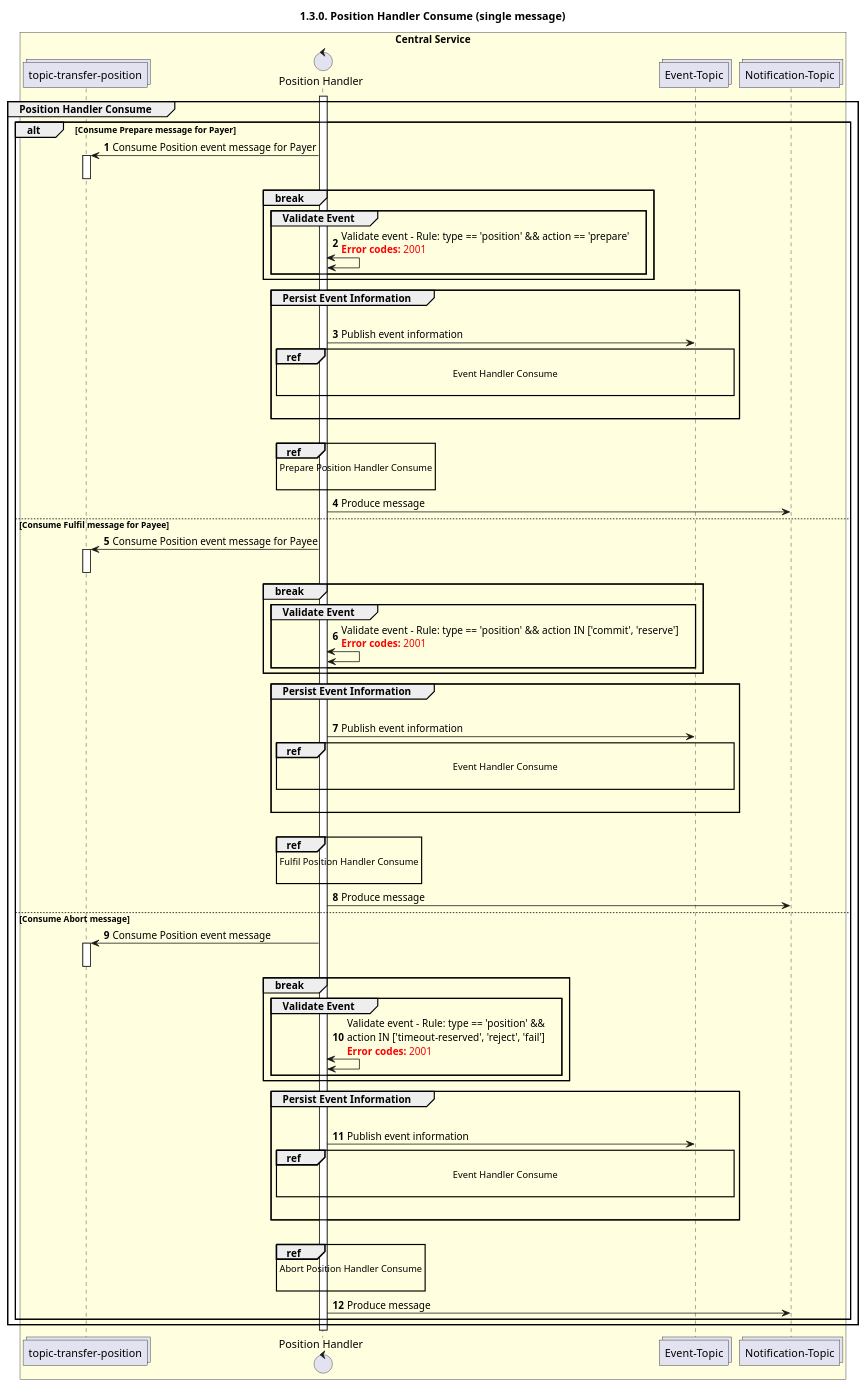
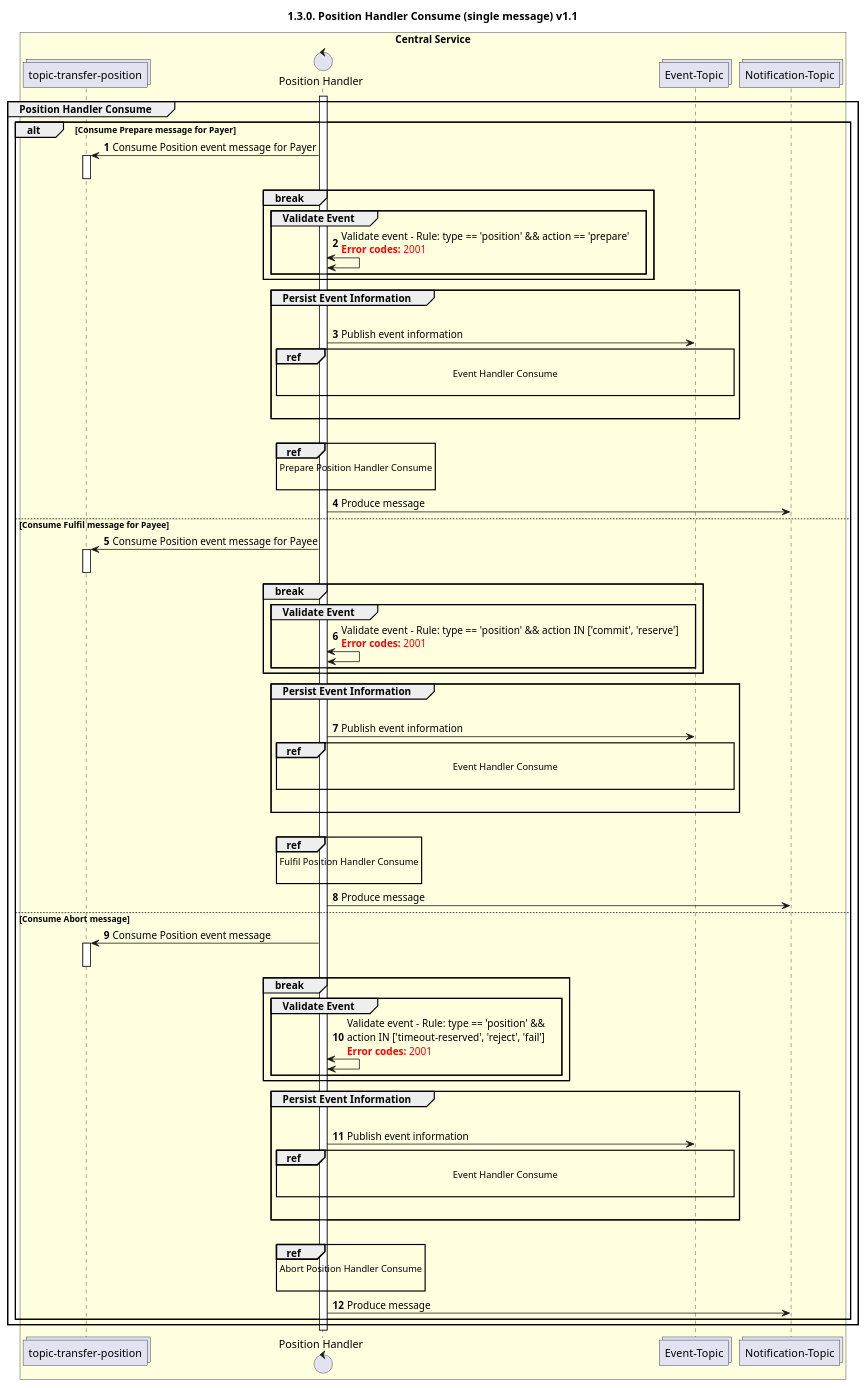
One commit to mojaloop/documentation changed the diagram in mojaloop-technical-overview/central-ledger/assets/diagrams/sequence/seq-position-1.3.0-v1.1.plantuml. Above: the diagram before and after it, drawn with PlantUML. The commit also changed 6 other files, not shown here.

```diff
--- a/mojaloop-technical-overview/central-ledger/assets/diagrams/sequence/seq-position-1.3.0-v1.1.plantuml
+++ b/mojaloop-technical-overview/central-ledger/assets/diagrams/sequence/seq-position-1.3.0-v1.1.plantuml
@@ -27,89 +27,89 @@
 @startuml
 ' declate title
-title 1.3.0. Position Handler Consume (single message)
+title 1.3.0. Position Handler Consume (single message) v1.1
 
 autonumber
 
 ' Actor Keys:
 '   boundary - APIs/Interfaces, etc
 '   collections - Kafka Topics
 '   control - Kafka Consumers
 '   entity - Database Access Objects
 '   database - Database Persistance Store
 
 ' declare actors
 collections "topic-transfer-position" as TOPIC_TRANSFER_POSITION
 control "Position Handler" as POS_HANDLER
 collections "Event-Topic" as TOPIC_EVENTS
 collections "Notification-Topic" as TOPIC_NOTIFICATIONS
 
 
 box "Central Service" #LightYellow
     participant TOPIC_TRANSFER_POSITION
     participant POS_HANDLER
     participant TOPIC_EVENTS
     participant TOPIC_NOTIFICATIONS
 end box
 
 ' start flow
 activate POS_HANDLER
 group Position Handler Consume
     alt Consume Prepare message for Payer
         TOPIC_TRANSFER_POSITION <- POS_HANDLER: Consume Position event message for Payer
         activate TOPIC_TRANSFER_POSITION
         deactivate TOPIC_TRANSFER_POSITION
         break
             group Validate Event
                 POS_HANDLER <-> POS_HANDLER: Validate event - Rule: type == 'position' && action == 'prepare'\n<color #FF0000><b>Error codes:</b> 2001</color>
             end
         end
         group Persist Event Information
             |||
             POS_HANDLER -> TOPIC_EVENTS: Publish event information
             ref over POS_HANDLER, TOPIC_EVENTS :  Event Handler Consume\n
             |||
         end
         |||
         ref over POS_HANDLER: Prepare Position Handler Consume\n
         POS_HANDLER -> TOPIC_NOTIFICATIONS: Produce message
     else Consume Fulfil message for Payee
         TOPIC_TRANSFER_POSITION <- POS_HANDLER: Consume Position event message for Payee
         activate TOPIC_TRANSFER_POSITION
         deactivate TOPIC_TRANSFER_POSITION
         break
             group Validate Event
                 POS_HANDLER <-> POS_HANDLER: Validate event - Rule: type == 'position' && action IN ['commit', 'reserve']\n<color #FF0000><b>Error codes:</b> 2001</color>
             end
         end
         group Persist Event Information
             |||
             POS_HANDLER -> TOPIC_EVENTS: Publish event information
             ref over POS_HANDLER, TOPIC_EVENTS :  Event Handler Consume\n
             |||
         end
         |||
         ref over POS_HANDLER: Fulfil Position Handler Consume\n
         POS_HANDLER -> TOPIC_NOTIFICATIONS: Produce message
     else Consume Abort message
         TOPIC_TRANSFER_POSITION <- POS_HANDLER: Consume Position event message
         activate TOPIC_TRANSFER_POSITION
         deactivate TOPIC_TRANSFER_POSITION
         break
             group Validate Event
                 POS_HANDLER <-> POS_HANDLER: Validate event - Rule: type == 'position' &&\naction IN ['timeout-reserved', 'reject', 'fail']\n<color #FF0000><b>Error codes:</b> 2001</color>
             end
         end
         group Persist Event Information
             |||
             POS_HANDLER -> TOPIC_EVENTS: Publish event information
             ref over POS_HANDLER, TOPIC_EVENTS :  Event Handler Consume\n
             |||
         end
         |||
         ref over POS_HANDLER: Abort Position Handler Consume\n
         POS_HANDLER -> TOPIC_NOTIFICATIONS: Produce message
     end
 
 end
 deactivate POS_HANDLER
 @enduml
```
